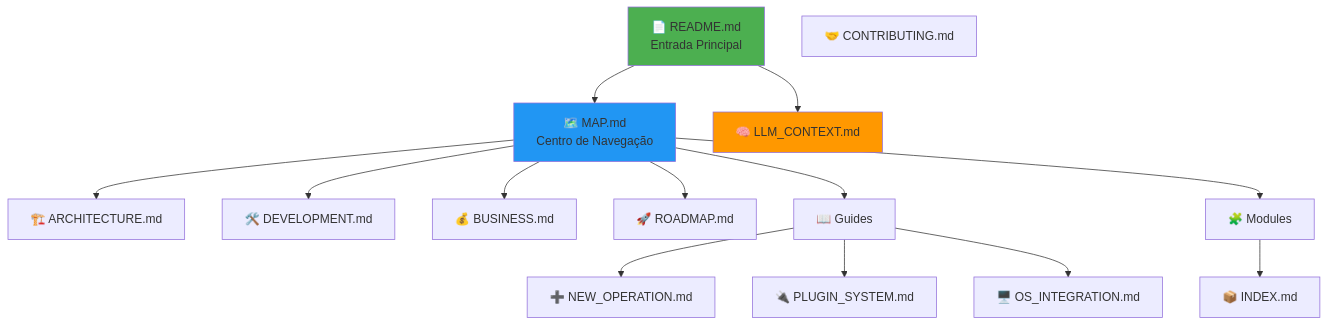
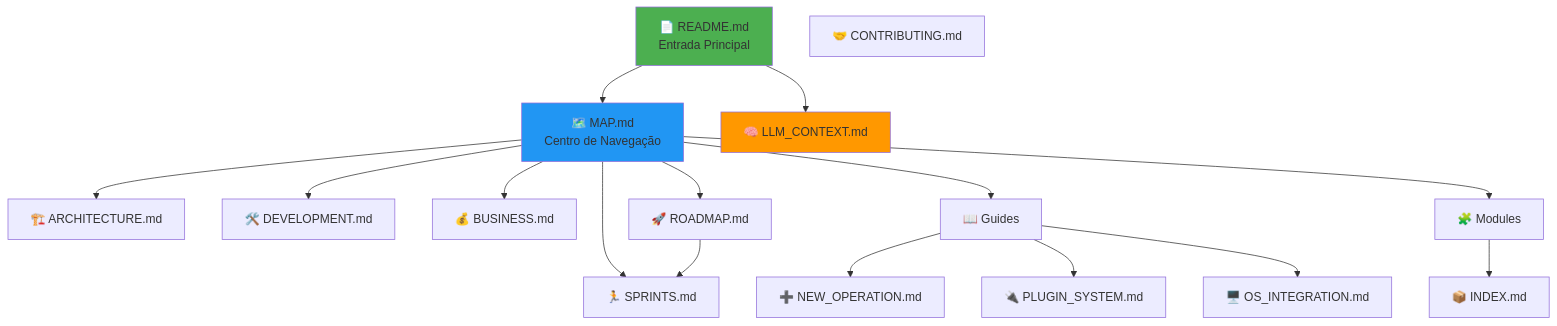
The first of 6 diagrams in docs/GRAPH.md (LAMP-LUCAS/fotonPDF), drawn with Mermaid before and after one commit. The commit also changed 5 other files, not shown here.

First line of the commit message:
docs: refatoração da documentação de roadmap e gerenciamento de sprints

````diff
--- a/docs/GRAPH.md
+++ b/docs/GRAPH.md
@@ -7,27 +7,31 @@
 ```mermaid
 graph TD
     README[📄 README.md<br/>Entrada Principal]
     MAP[🗺️ MAP.md<br/>Centro de Navegação]
     
     README --> MAP
     README --> LLM[🧠 LLM_CONTEXT.md]
     
     MAP --> ARCH[🏗️ ARCHITECTURE.md]
     MAP --> DEV[🛠️ DEVELOPMENT.md]
     MAP --> BUS[💰 BUSINESS.md]
     MAP --> ROAD[🚀 ROADMAP.md]
+    MAP --> SPRINTS[🏃 SPRINTS.md]
     MAP --> GUIDES[📖 Guides]
     MAP --> MODULES[🧩 Modules]
+    
+    ROAD --> SPRINTS
+
     
     GUIDES --> NEW_OP[➕ NEW_OPERATION.md]
     GUIDES --> PLUGIN[🔌 PLUGIN_SYSTEM.md]
     GUIDES --> OS_INT[🖥️ OS_INTEGRATION.md]
     
     MODULES --> MOD_INDEX[📦 INDEX.md]
     
     CONTRIB[🤝 CONTRIBUTING.md]
     
     style README fill:#4CAF50
     style MAP fill:#2196F3
     style LLM fill:#FF9800
 ```
````
